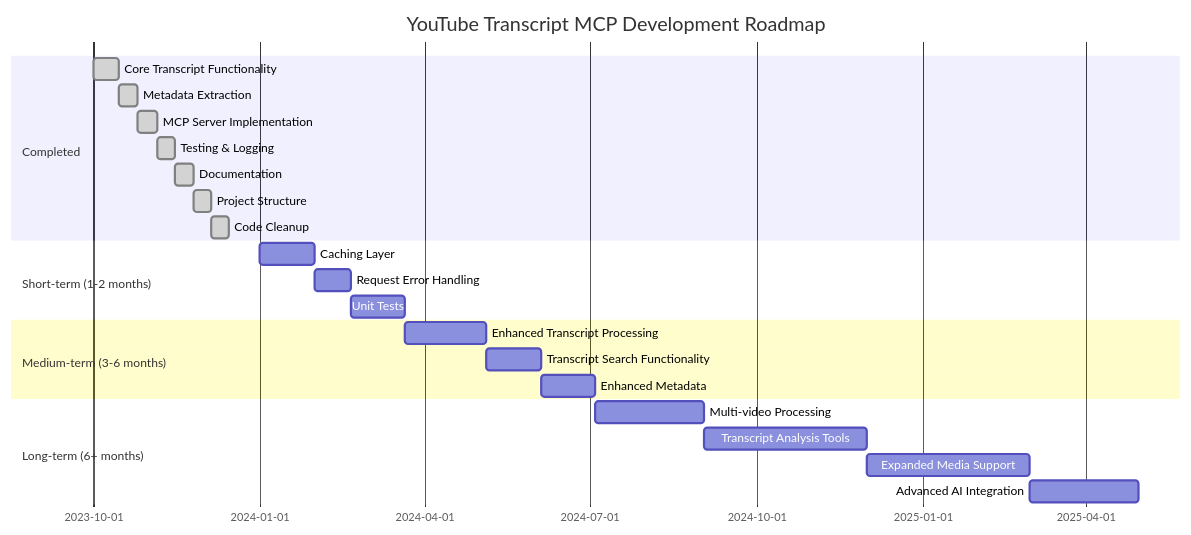
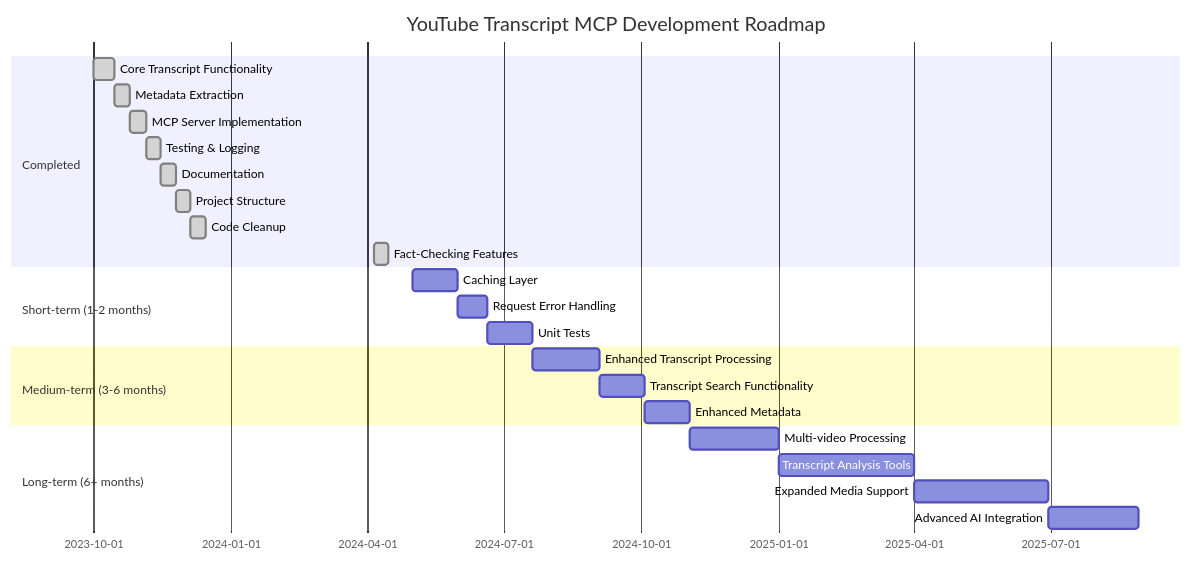
Before and after one commit to palvindersander/youtube-transcript-mcp: the diagram in docs/progress_tracker.md, drawn with Mermaid. The commit also changed other lines of this file and 8 other files, not shown here.

Commit message:
Implement fact-checking feature with search integration and transcript analysis tools

````diff
--- a/docs/progress_tracker.md
+++ b/docs/progress_tracker.md
@@ -84,30 +96,31 @@
 ```mermaid
 gantt
     title YouTube Transcript MCP Development Roadmap
     dateFormat  YYYY-MM-DD
     
     section Completed
     Core Transcript Functionality      :done, core, 2023-10-01, 2023-10-15
     Metadata Extraction               :done, meta, after core, 2023-10-25
     MCP Server Implementation         :done, mcp, after meta, 2023-11-05
     Testing & Logging                 :done, test, after mcp, 2023-11-15
     Documentation                     :done, docs, after test, 2023-11-25
     Project Structure                 :done, struct, after docs, 2023-12-05
     Code Cleanup                      :done, cleanup, after struct, 2023-12-15
+    Fact-Checking Features            :done, fact, 2024-04-05, 2024-04-15
     
     section Short-term (1-2 months)
-    Caching Layer                     :cache, 2024-01-01, 30d
+    Caching Layer                     :cache, 2024-05-01, 30d
     Request Error Handling            :error, after cache, 20d
     Unit Tests                        :unit, after error, 30d
     
     section Medium-term (3-6 months)
     Enhanced Transcript Processing    :etrans, after unit, 45d
     Transcript Search Functionality   :search, after etrans, 30d
     Enhanced Metadata                 :emeta, after search, 30d
     
     section Long-term (6+ months)
     Multi-video Processing            :multi, after emeta, 60d
     Transcript Analysis Tools         :analysis, after multi, 90d
     Expanded Media Support            :expand, after analysis, 90d
     Advanced AI Integration           :ai, after expand, 60d
 ```
````
